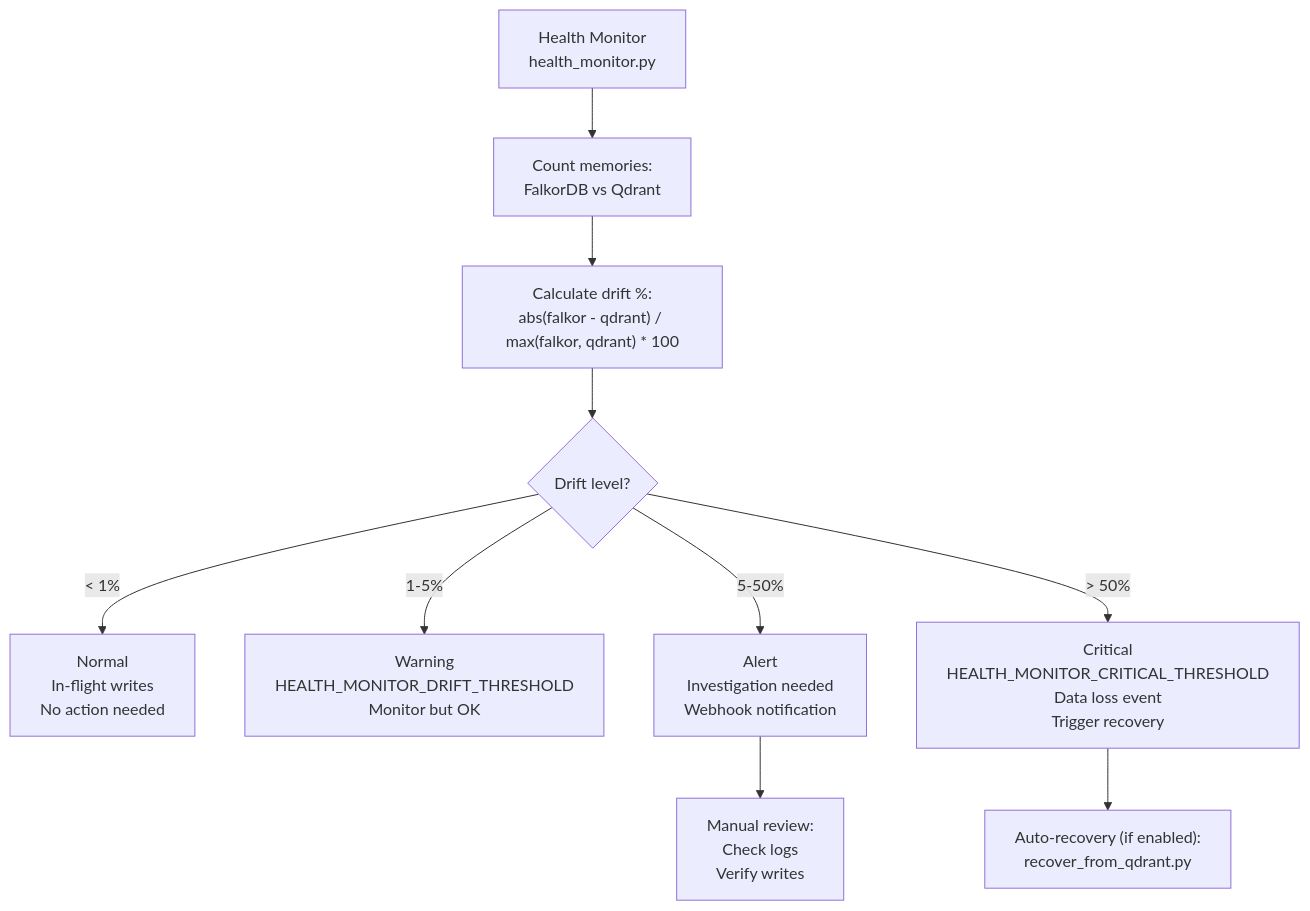
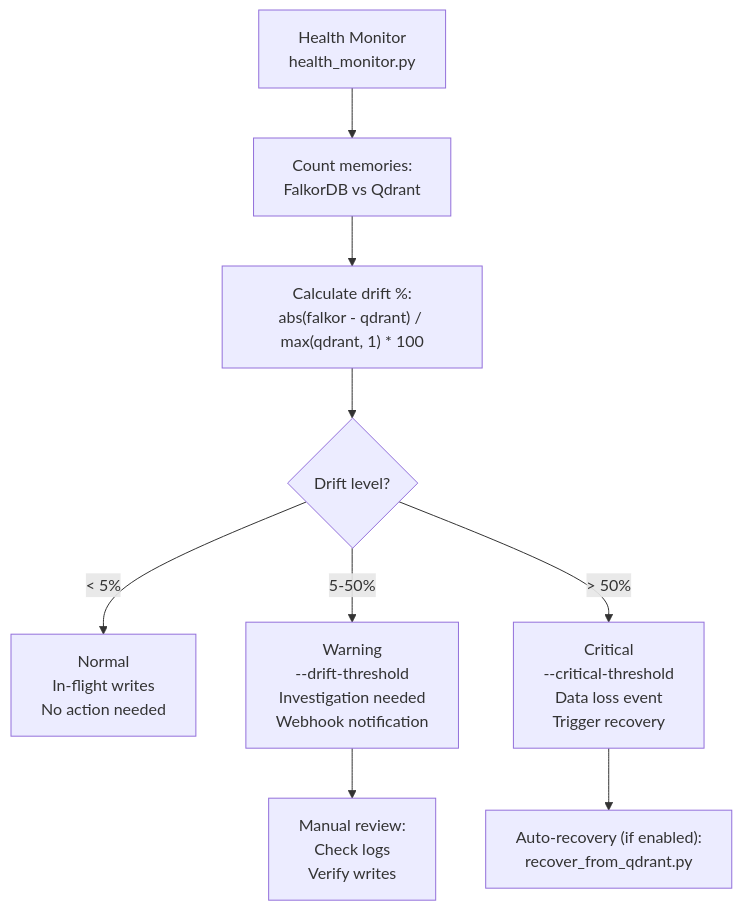
The sixth of 6 diagrams in src/content/docs/docs/operations/health.md (verygoodplugins/automem-website), drawn with Mermaid before and after one commit. The commit also changed other lines of this file and 2 other files, not shown here.

First line of the commit message:
docs: correct health monitor drift math, alerting, logging and performance status values (#420)

````diff
--- a/src/content/docs/docs/operations/health.md
+++ b/src/content/docs/docs/operations/health.md
@@ -468,18 +470,17 @@
 ```mermaid
 flowchart TD
     Monitor["Health Monitor<br/>health_monitor.py"]
 
     Monitor --> Count["Count memories:<br/>FalkorDB vs Qdrant"]
 
-    Count --> Calc["Calculate drift %:<br/>abs(falkor - qdrant) / max(falkor, qdrant) * 100"]
+    Count --> Calc["Calculate drift %:<br/>abs(falkor - qdrant) / max(qdrant, 1) * 100"]
 
     Calc --> Check{"Drift level?"}
 
-    Check -->|"< 1%"| Normal["Normal<br/>In-flight writes<br/>No action needed"]
-    Check -->|"1-5%"| Warning["Warning<br/>HEALTH_MONITOR_DRIFT_THRESHOLD<br/>Monitor but OK"]
-    Check -->|"5-50%"| Alert["Alert<br/>Investigation needed<br/>Webhook notification"]
-    Check -->|"> 50%"| Critical["Critical<br/>HEALTH_MONITOR_CRITICAL_THRESHOLD<br/>Data loss event<br/>Trigger recovery"]
+    Check -->|"< 5%"| Normal["Normal<br/>In-flight writes<br/>No action needed"]
+    Check -->|"5-50%"| Alert["Warning<br/>--drift-threshold<br/>Investigation needed<br/>Webhook notification"]
+    Check -->|"> 50%"| Critical["Critical<br/>--critical-threshold<br/>Data loss event<br/>Trigger recovery"]
 
     Alert --> Manual["Manual review:<br/>Check logs<br/>Verify writes"]
     Critical --> Auto["Auto-recovery (if enabled):<br/>recover_from_qdrant.py"]
 ```
````
